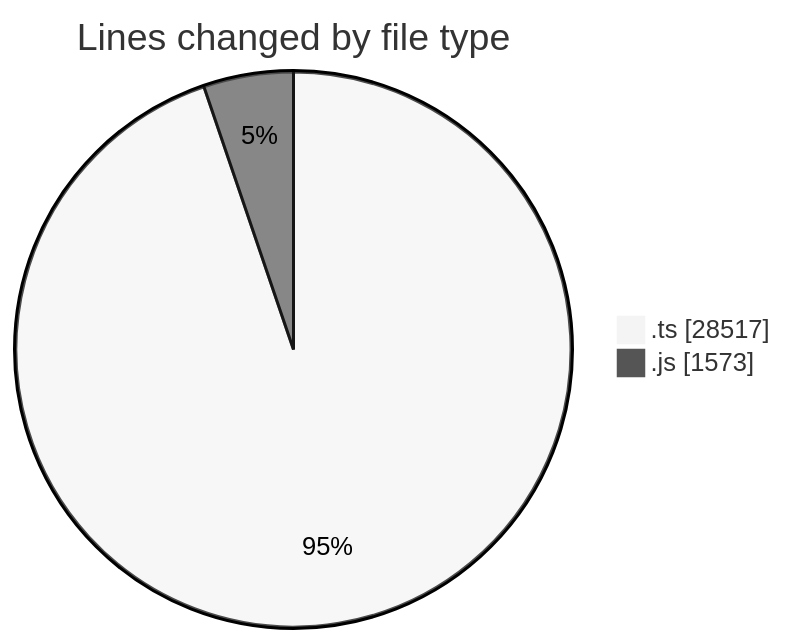
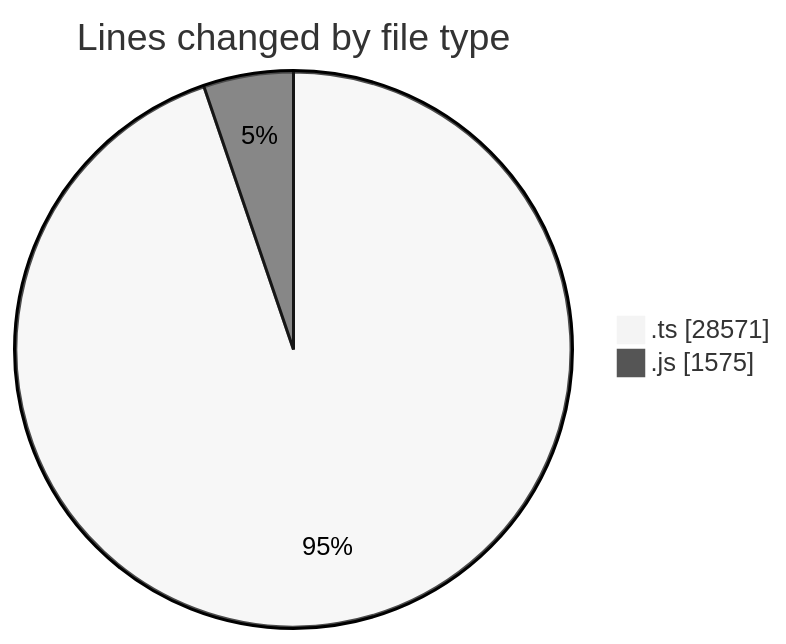
One commit to momahboobian/code-tracking changed the first of 2 diagrams in 2025-06-26/cda/README.md. Above: the diagram before and after it, drawn with Mermaid (neutral theme). The commit also changed other lines of this file and 1 other file, not shown here.

````diff
--- a/2025-06-26/cda/README.md
+++ b/2025-06-26/cda/README.md
@@ -28,6 +28,6 @@
 ```mermaid
 pie showData
 title Lines changed by file type
-".ts" : 28517
-".js" : 1573
+".ts" : 28571
+".js" : 1575
 ```
````
